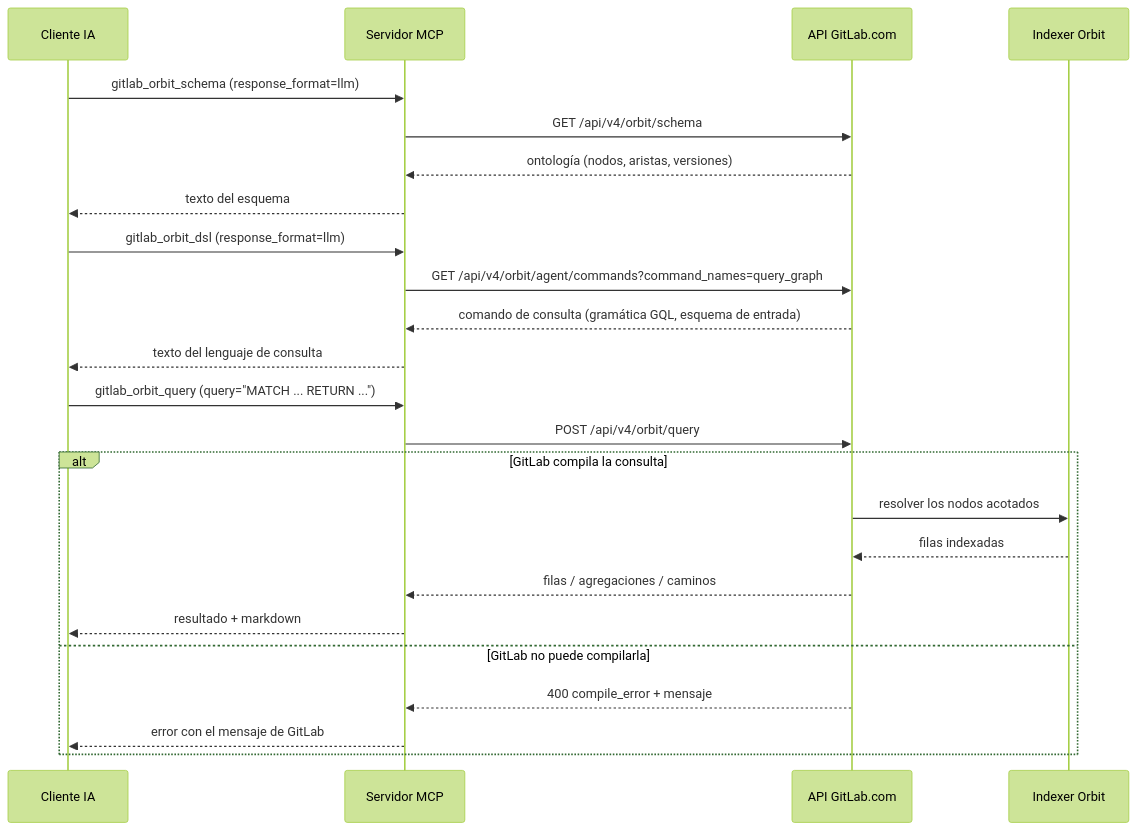
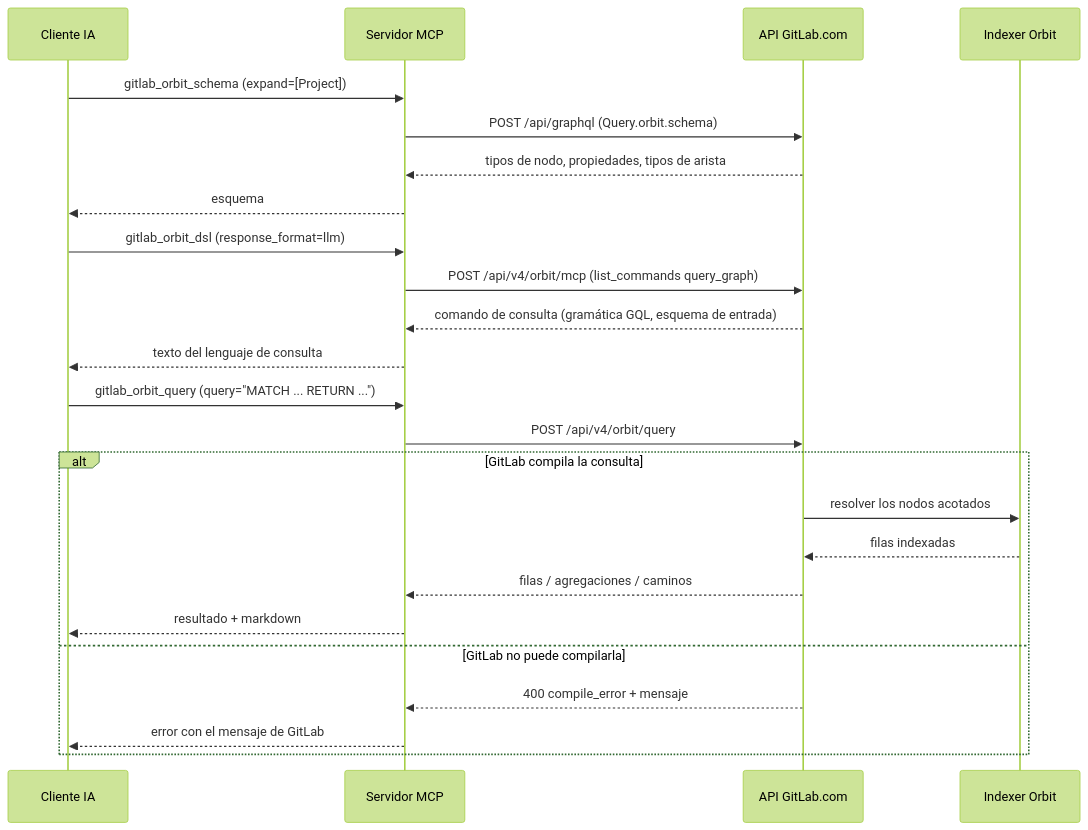
The diagram in site/src/content/docs/es/tools/orbit.mdx (jmrplens/gitlab-mcp-server), drawn with Mermaid (forest theme) before and after one commit. The commit also changed other lines of this file and 7 other files, not shown here.

````diff
--- a/site/src/content/docs/es/tools/orbit.mdx
+++ b/site/src/content/docs/es/tools/orbit.mdx
@@ -108,29 +124,29 @@
 ```mermaid
 sequenceDiagram
     participant LLM as Cliente IA
     participant MCP as Servidor MCP
     participant GL as API GitLab.com
     participant IDX as Indexer Orbit
 
-    LLM->>MCP: gitlab_orbit_schema (response_format=llm)
-    MCP->>GL: GET /api/v4/orbit/schema
-    GL-->>MCP: ontología (nodos, aristas, versiones)
-    MCP-->>LLM: texto del esquema
+    LLM->>MCP: gitlab_orbit_schema (expand=[Project])
+    MCP->>GL: POST /api/graphql (Query.orbit.schema)
+    GL-->>MCP: tipos de nodo, propiedades, tipos de arista
+    MCP-->>LLM: esquema
 
     LLM->>MCP: gitlab_orbit_dsl (response_format=llm)
-    MCP->>GL: GET /api/v4/orbit/agent/commands?command_names=query_graph
+    MCP->>GL: POST /api/v4/orbit/mcp (list_commands query_graph)
     GL-->>MCP: comando de consulta (gramática GQL, esquema de entrada)
     MCP-->>LLM: texto del lenguaje de consulta
 
     LLM->>MCP: gitlab_orbit_query (query="MATCH ... RETURN ...")
     MCP->>GL: POST /api/v4/orbit/query
     alt GitLab compila la consulta
         GL->>IDX: resolver los nodos acotados
         IDX-->>GL: filas indexadas
         GL-->>MCP: filas / agregaciones / caminos
         MCP-->>LLM: resultado + markdown
     else GitLab no puede compilarla
         GL-->>MCP: 400 compile_error + mensaje
         MCP-->>LLM: error con el mensaje de GitLab
     end
 ```
````
